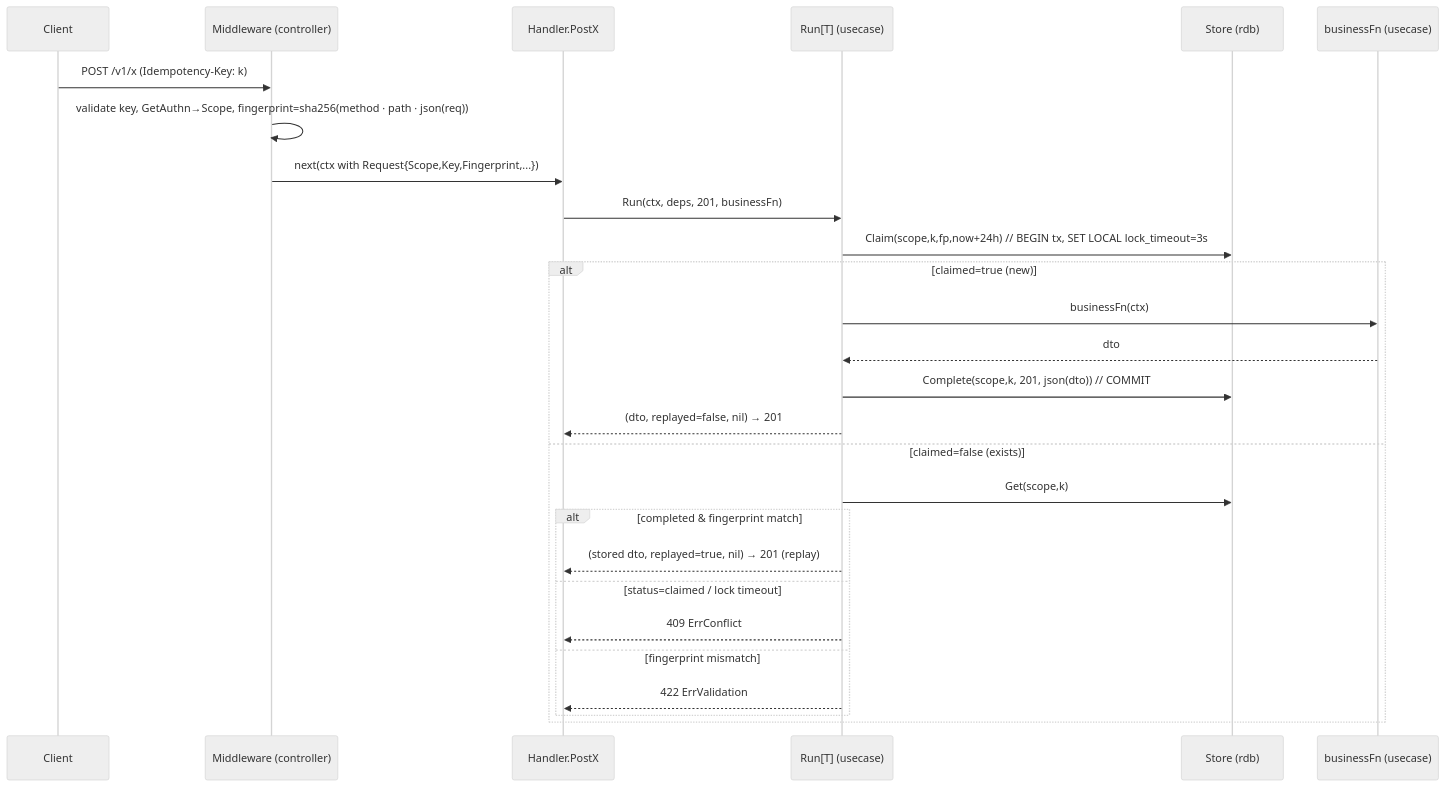
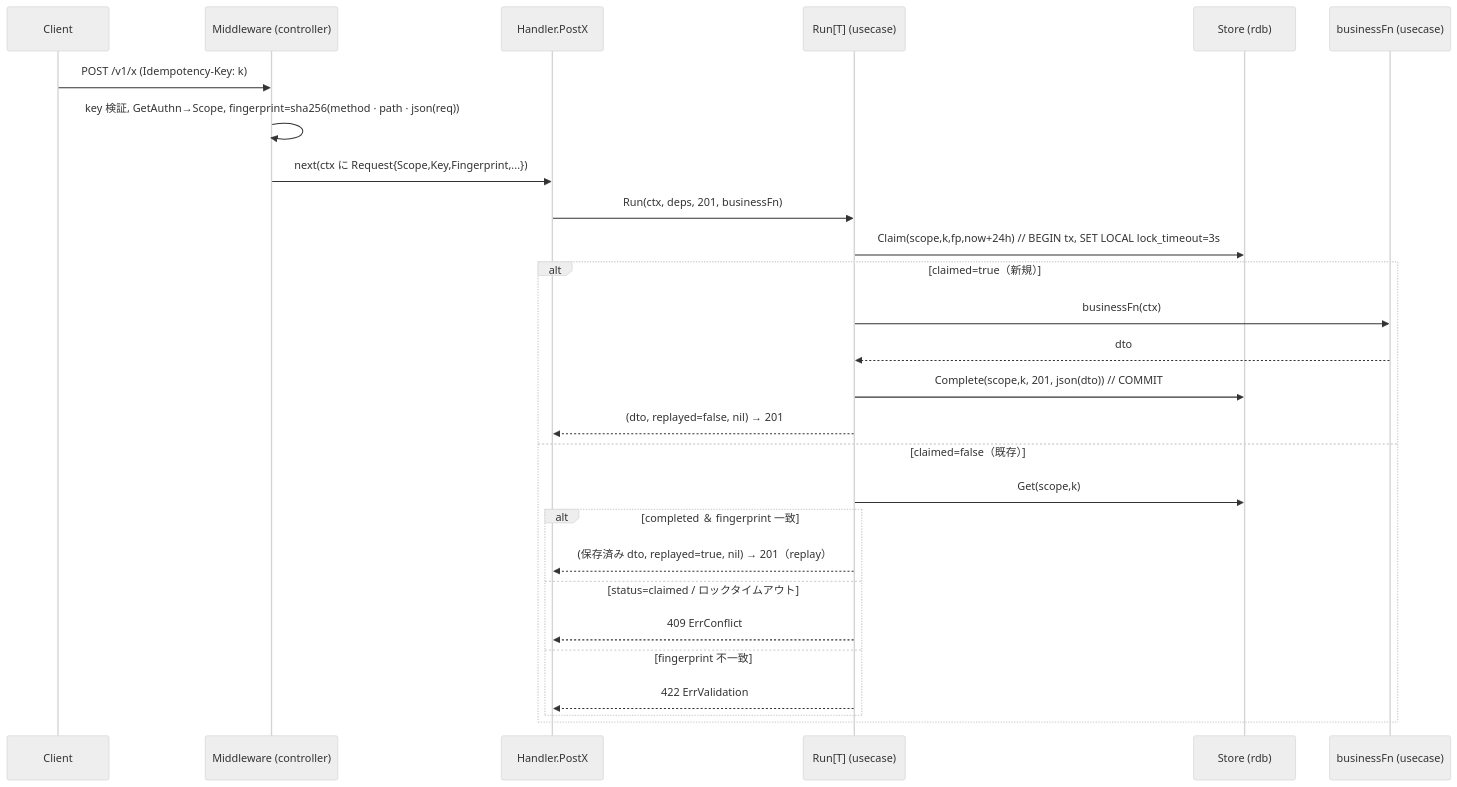
One commit to Tomy-ch/go-boilerplate changed the fifth of 6 diagrams in docs/design/idempotency.md. Above: the diagram before and after it, drawn with Mermaid (neutral theme). The commit also changed other lines of this file and 970 other files, not shown here.

````diff
--- a/docs/design/idempotency.md
+++ b/docs/design/idempotency.md
@@ -174,29 +174,29 @@
 ```mermaid
 sequenceDiagram
     participant C as Client
     participant MW as Middleware (controller)
     participant H as Handler.PostX
     participant R as Run[T] (usecase)
     participant S as Store (rdb)
     participant U as businessFn (usecase)
     C->>MW: POST /v1/x (Idempotency-Key: k)
-    MW->>MW: validate key, GetAuthn→Scope, fingerprint=sha256(method · path · json(req))
-    MW->>H: next(ctx with Request{Scope,Key,Fingerprint,...})
+    MW->>MW: key 検証, GetAuthn→Scope, fingerprint=sha256(method · path · json(req))
+    MW->>H: next(ctx に Request{Scope,Key,Fingerprint,...})
     H->>R: Run(ctx, deps, 201, businessFn)
     R->>S: Claim(scope,k,fp,now+24h)  // BEGIN tx, SET LOCAL lock_timeout=3s
-    alt claimed=true (new)
+    alt claimed=true（新規）
         R->>U: businessFn(ctx)
         U-->>R: dto
         R->>S: Complete(scope,k, 201, json(dto))  // COMMIT
         R-->>H: (dto, replayed=false, nil) → 201
-    else claimed=false (exists)
+    else claimed=false（既存）
         R->>S: Get(scope,k)
-        alt completed & fingerprint match
-            R-->>H: (stored dto, replayed=true, nil) → 201 (replay)
-        else status=claimed / lock timeout
+        alt completed ＆ fingerprint 一致
+            R-->>H: (保存済み dto, replayed=true, nil) → 201（replay）
+        else status=claimed / ロックタイムアウト
             R-->>H: 409 ErrConflict
-        else fingerprint mismatch
+        else fingerprint 不一致
             R-->>H: 422 ErrValidation
         end
     end
 ```
````
